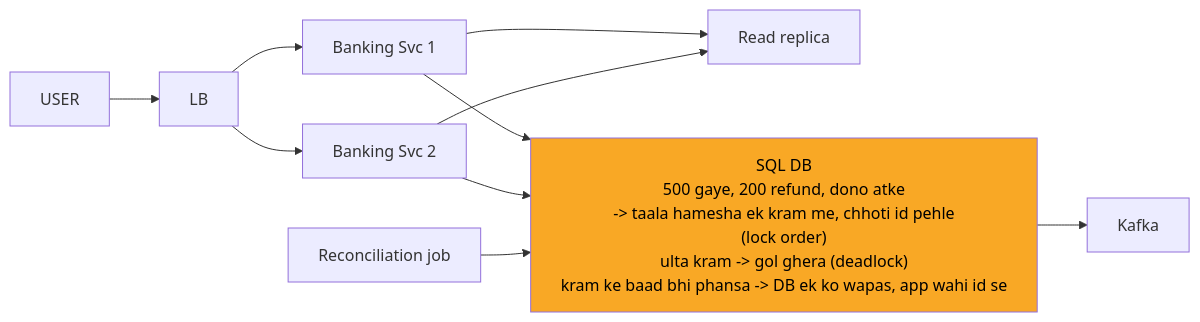
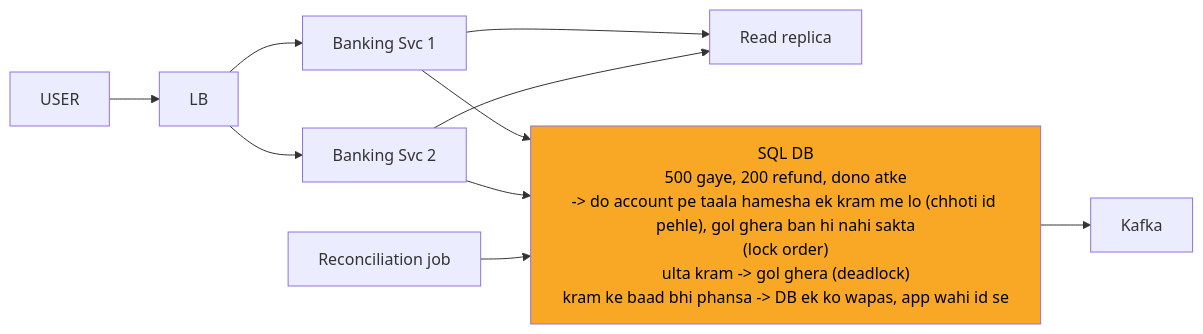
One commit to ArpanMaheshwari144/Prep changed the tenth of 13 diagrams in 04_HLD/SYSTEM_DESIGNS/13_banking_system/13_banking_system.md. Above: the diagram before and after it, drawn with Mermaid. The commit also changed other lines of this file and 13 other files, not shown here.

````diff
--- a/04_HLD/SYSTEM_DESIGNS/13_banking_system/13_banking_system.md
+++ b/04_HLD/SYSTEM_DESIGNS/13_banking_system/13_banking_system.md
@@ -332,22 +331,22 @@
 ```mermaid
 %%{init: {"flowchart": {"wrappingWidth": 450}}}%%
 flowchart LR
     n_USER["USER"]
     n_LB["LB"]
     n_S1["Banking Svc 1"]
     n_S2["Banking Svc 2"]
     n_RR["Read replica"]
-    n_DB["SQL DB<br/>500 gaye, 200 refund, dono atke<br/>-> taala hamesha ek kram me, chhoti id pehle<br/>(lock order)<br/>ulta kram -> gol ghera (deadlock)<br/>kram ke baad bhi phansa -> DB ek ko wapas, app wahi id se"]
+    n_DB["SQL DB<br/>500 gaye, 200 refund, dono atke<br/>-> do account pe taala hamesha ek kram me lo (chhoti id pehle), gol ghera ban hi nahi sakta<br/>(lock order)<br/>ulta kram -> gol ghera (deadlock)<br/>kram ke baad bhi phansa -> DB ek ko wapas, app wahi id se"]
     n_K["Kafka"]
     n_REC["Reconciliation job"]
     n_USER --> n_LB
     n_LB --> n_S1
     n_LB --> n_S2
     n_S1 --> n_RR
     n_S2 --> n_RR
     n_S1 --> n_DB
     n_S2 --> n_DB
     n_DB --> n_K
     n_REC --> n_DB
     style n_DB fill:#f9a825,color:#000
 ```
````
